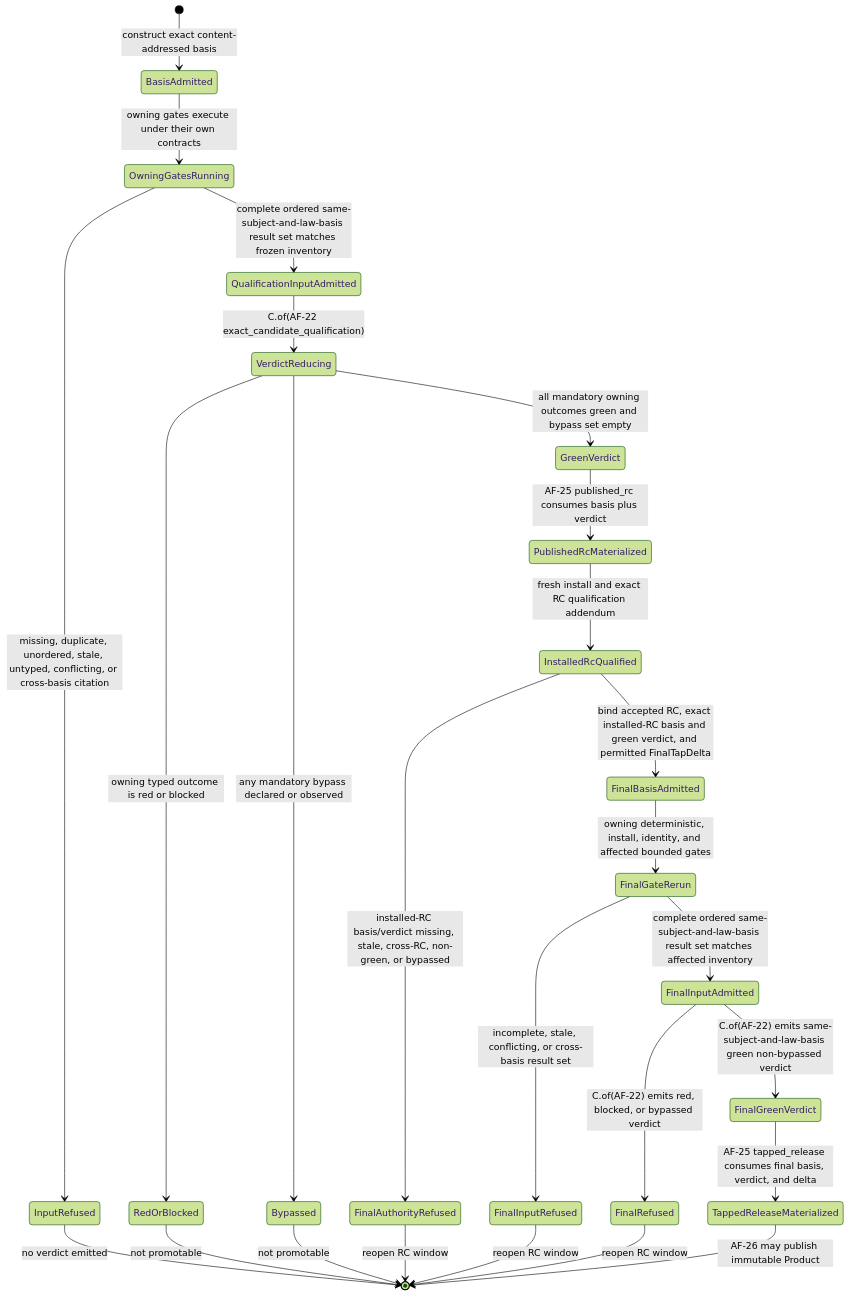
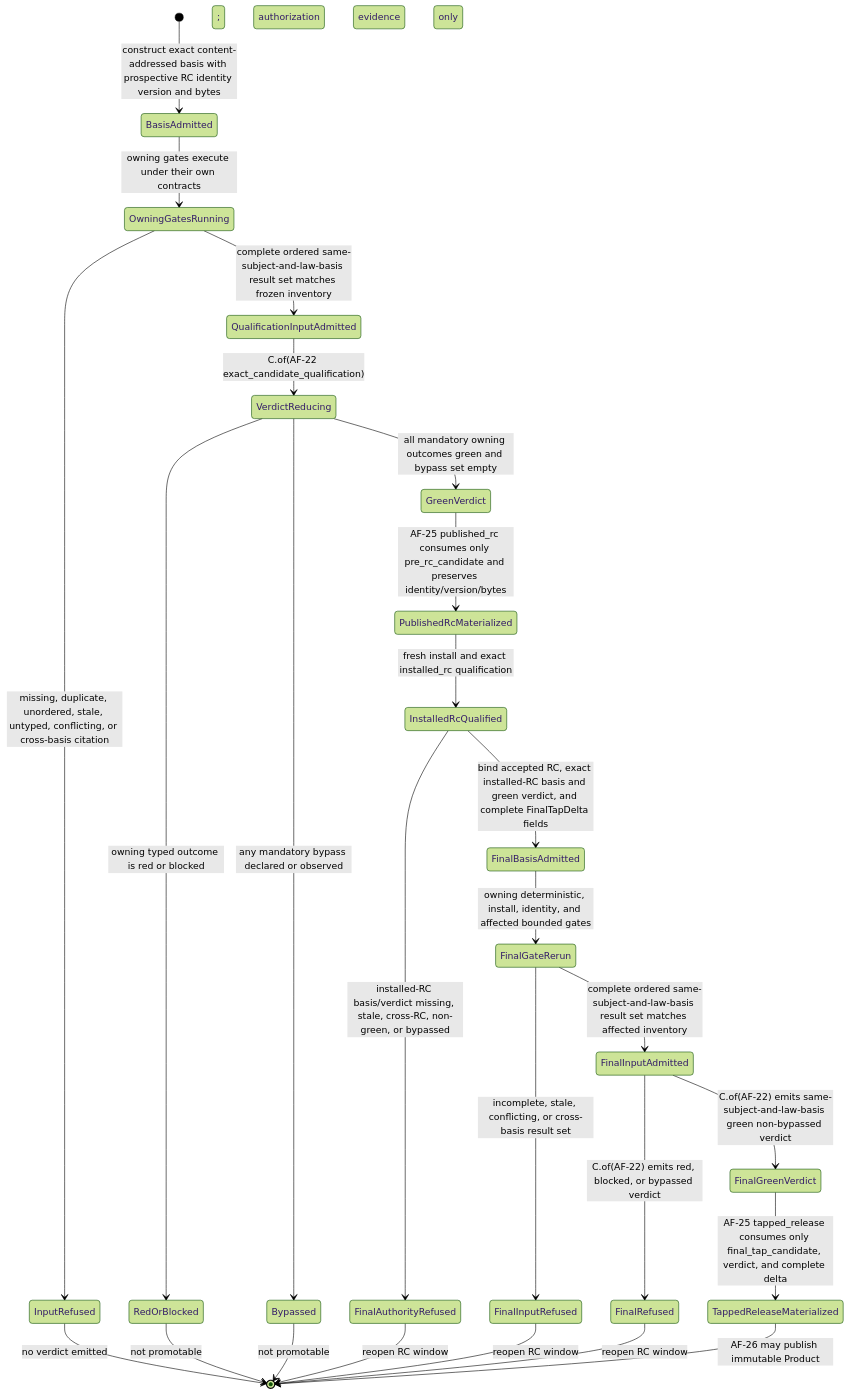
Before and after one commit to foolishimp/abiogenesis: the fifth of 9 diagrams in build_tenants/abiogenesis/typescript/design/ABIOGENESIS_PUBLIC_CONTROL_PLANE_ONTOLOGY.md, drawn with Mermaid (forest theme). The commit also changed other lines of this file and 4 other files, not shown here.

````diff
--- a/build_tenants/abiogenesis/typescript/design/ABIOGENESIS_PUBLIC_CONTROL_PLANE_ONTOLOGY.md
+++ b/build_tenants/abiogenesis/typescript/design/ABIOGENESIS_PUBLIC_CONTROL_PLANE_ONTOLOGY.md
@@ -822,28 +843,28 @@
 ```mermaid
 stateDiagram-v2
-  [*] --> BasisAdmitted: construct exact content-addressed basis
+  [*] --> BasisAdmitted: construct exact content-addressed basis with prospective RC identity version and bytes
   BasisAdmitted --> OwningGatesRunning: owning gates execute under their own contracts
   OwningGatesRunning --> InputRefused: missing, duplicate, unordered, stale, untyped, conflicting, or cross-basis citation
   OwningGatesRunning --> QualificationInputAdmitted: complete ordered same-subject-and-law-basis result set matches frozen inventory
   QualificationInputAdmitted --> VerdictReducing: C.of(AF-22 exact_candidate_qualification)
   VerdictReducing --> RedOrBlocked: owning typed outcome is red or blocked
   VerdictReducing --> Bypassed: any mandatory bypass declared or observed
   VerdictReducing --> GreenVerdict: all mandatory owning outcomes green and bypass set empty
   InputRefused --> [*]: no verdict emitted
   RedOrBlocked --> [*]: not promotable
   Bypassed --> [*]: not promotable
-  GreenVerdict --> PublishedRcMaterialized: AF-25 published_rc consumes basis plus verdict
-  PublishedRcMaterialized --> InstalledRcQualified: fresh install and exact RC qualification addendum
+  GreenVerdict --> PublishedRcMaterialized: AF-25 published_rc consumes only pre_rc_candidate and preserves identity/version/bytes
+  PublishedRcMaterialized --> InstalledRcQualified: fresh install and exact installed_rc qualification; authorization evidence only
   InstalledRcQualified --> FinalAuthorityRefused: installed-RC basis/verdict missing, stale, cross-RC, non-green, or bypassed
-  InstalledRcQualified --> FinalBasisAdmitted: bind accepted RC, exact installed-RC basis and green verdict, and permitted FinalTapDelta
+  InstalledRcQualified --> FinalBasisAdmitted: bind accepted RC, exact installed-RC basis and green verdict, and complete FinalTapDelta fields
   FinalAuthorityRefused --> [*]: reopen RC window
   FinalBasisAdmitted --> FinalGateRerun: owning deterministic, install, identity, and affected bounded gates
   FinalGateRerun --> FinalInputRefused: incomplete, stale, conflicting, or cross-basis result set
   FinalGateRerun --> FinalInputAdmitted: complete ordered same-subject-and-law-basis result set matches affected inventory
   FinalInputAdmitted --> FinalRefused: C.of(AF-22) emits red, blocked, or bypassed verdict
   FinalInputAdmitted --> FinalGreenVerdict: C.of(AF-22) emits same-subject-and-law-basis green non-bypassed verdict
   FinalInputRefused --> [*]: reopen RC window
   FinalRefused --> [*]: reopen RC window
-  FinalGreenVerdict --> TappedReleaseMaterialized: AF-25 tapped_release consumes final basis, verdict, and delta
+  FinalGreenVerdict --> TappedReleaseMaterialized: AF-25 tapped_release consumes only final_tap_candidate, verdict, and complete delta
   TappedReleaseMaterialized --> [*]: AF-26 may publish immutable Product
 ```
````
